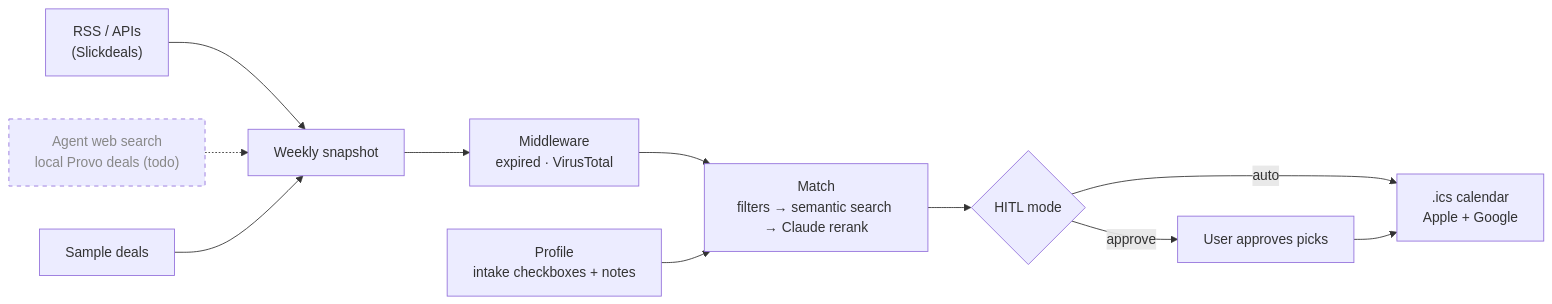
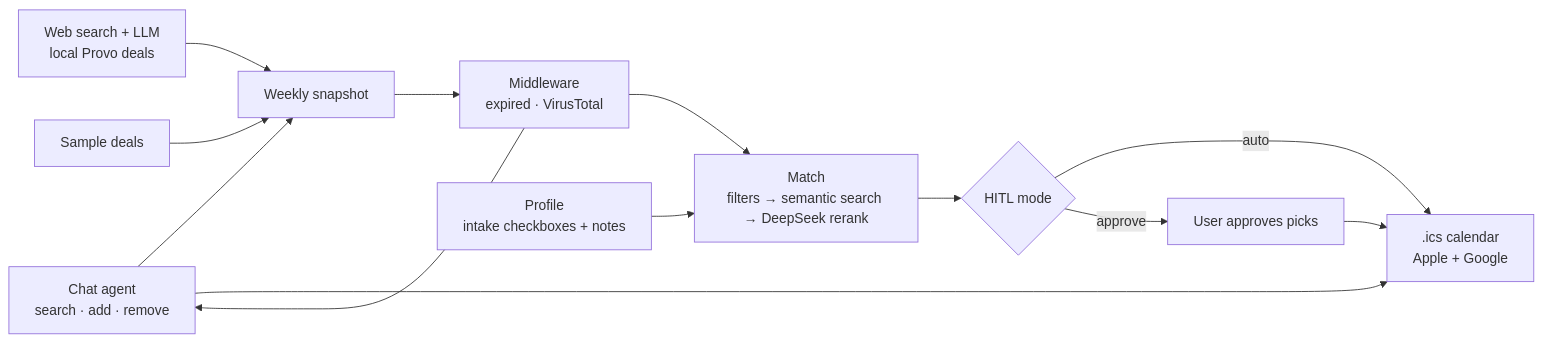
The diagram in README.md (zburnsie/calendeal-agent), drawn with Mermaid before and after one commit. The commit also changed other lines of this file and 22 other files, not shown here.

First line of the commit message:
v1: DeepSeek LLM, chat agent with HITL, local deal search, Gradio app

````diff
--- a/README.md
+++ b/README.md
@@ -20,14 +21,14 @@
 ```mermaid
 flowchart LR
     A["RSS / APIs<br/>(Slickdeals)"] --> S
-    B["Agent web search<br/>local Provo deals (todo)"] -.-> S
+    B["Web search + LLM<br/>local Provo deals"] --> S
     C["Sample deals"] --> S
     S["Weekly snapshot"] --> M["Middleware<br/>expired · VirusTotal"]
-    M --> R["Match<br/>filters → semantic search → Claude rerank"]
+    M --> R["Match<br/>filters → semantic search → DeepSeek rerank"]
     P["Profile<br/>intake checkboxes + notes"] --> R
     R --> H{"HITL mode"}
     H -- auto --> CAL[".ics calendar<br/>Apple + Google"]
     H -- approve --> T["User approves picks"] --> CAL
-    classDef todo stroke-dasharray: 5 5,color:#888
-    class B todo
+    M --> A["Chat agent<br/>search · add · remove"]
+    A --> CAL
 ```
````
